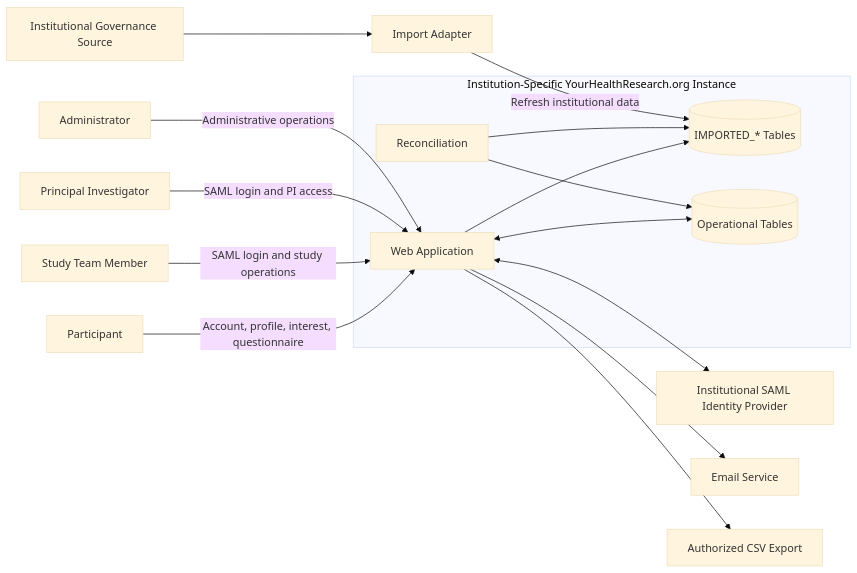
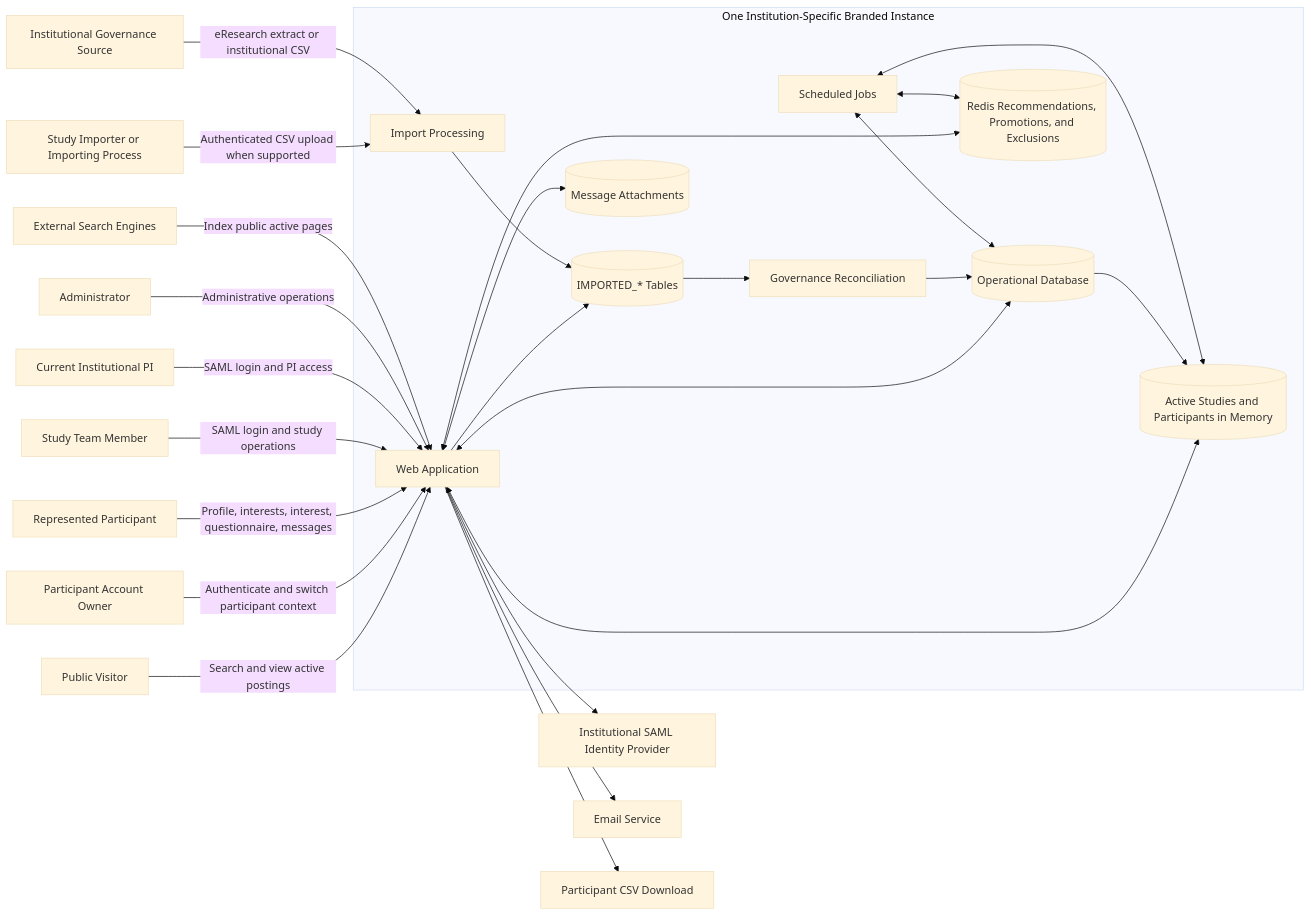
The diagram in docs/02-architecture/system-context.md (umich-michr/yhr-context), drawn with Mermaid (base theme) before and after one commit. The commit also changed other lines of this file and 79 other files, not shown here.

````diff
--- a/docs/02-architecture/system-context.md
+++ b/docs/02-architecture/system-context.md
@@ -9,36 +15,55 @@
 ```mermaid
 flowchart LR
-    P[Participant]
-    STM[Study Team Member]
-    PI[Principal Investigator]
+    PUBLIC[Public Visitor]
+    OWNER[Participant Account Owner]
+    PARTICIPANT[Represented Participant]
+    STAFF[Study Team Member]
+    PI[Current Institutional PI]
     ADMIN[Administrator]
+    IMPORTER[Study Importer or Importing Process]
 
-    subgraph YHR["Institution-Specific YourHealthResearch.org Instance"]
+    subgraph INSTANCE["One Institution-Specific Branded Instance"]
         APP[Web Application]
+        INGEST[Import Processing]
         IMPORTED[(IMPORTED_* Tables)]
-        OPERATIONAL[(Operational Tables)]
-        RECON[Reconciliation]
+        RECON[Governance Reconciliation]
+        DB[(Operational Database)]
+        MEMORY[(Active Studies and Participants in Memory)]
+        REDIS[(Redis Recommendations, Promotions, and Exclusions)]
+        FILES[(Message Attachments)]
+        JOBS[Scheduled Jobs]
 
-        APP <--> OPERATIONAL
+        APP <--> DB
+        APP <--> MEMORY
+        APP <--> REDIS
+        APP <--> FILES
         APP --> IMPORTED
-        RECON --> IMPORTED
-        RECON --> OPERATIONAL
+        INGEST --> IMPORTED
+        IMPORTED --> RECON
+        RECON --> DB
+        DB --> MEMORY
+        JOBS <--> DB
+        JOBS <--> MEMORY
+        JOBS <--> REDIS
     end
 
     IDP[Institutional SAML Identity Provider]
     SOURCE[Institutional Governance Source]
-    INGEST[Import Adapter]
     EMAIL[Email Service]
-    CSV[Authorized CSV Export]
+    CSV[Participant CSV Download]
+    SEARCH[External Search Engines]
 
-    P -->|Account, profile, interest, questionnaire| APP
-    STM -->|SAML login and study operations| APP
+    PUBLIC -->|Search and view active postings| APP
+    OWNER -->|Authenticate and switch participant context| APP
+    PARTICIPANT -->|Profile, interests, interest, questionnaire, messages| APP
+    STAFF -->|SAML login and study operations| APP
     PI -->|SAML login and PI access| APP
     ADMIN -->|Administrative operations| APP
+    IMPORTER -->|Authenticated CSV upload when supported| INGEST
 
     APP <--> IDP
-    SOURCE --> INGEST
-    INGEST -->|Refresh institutional data| IMPORTED
+    SOURCE -->|eResearch extract or institutional CSV| INGEST
     APP --> EMAIL
     APP --> CSV
+    SEARCH -->|Index public active pages| APP
 ```
````
